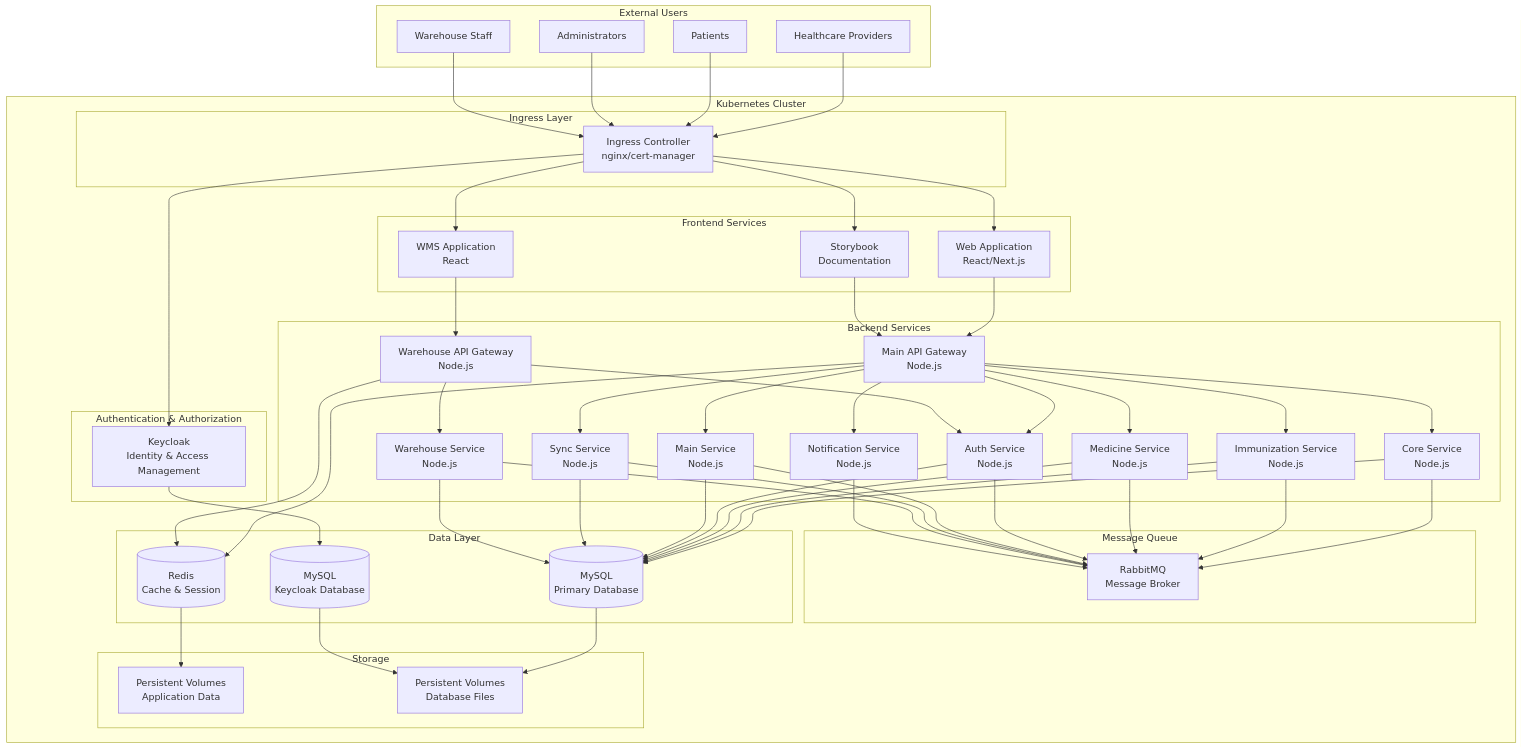
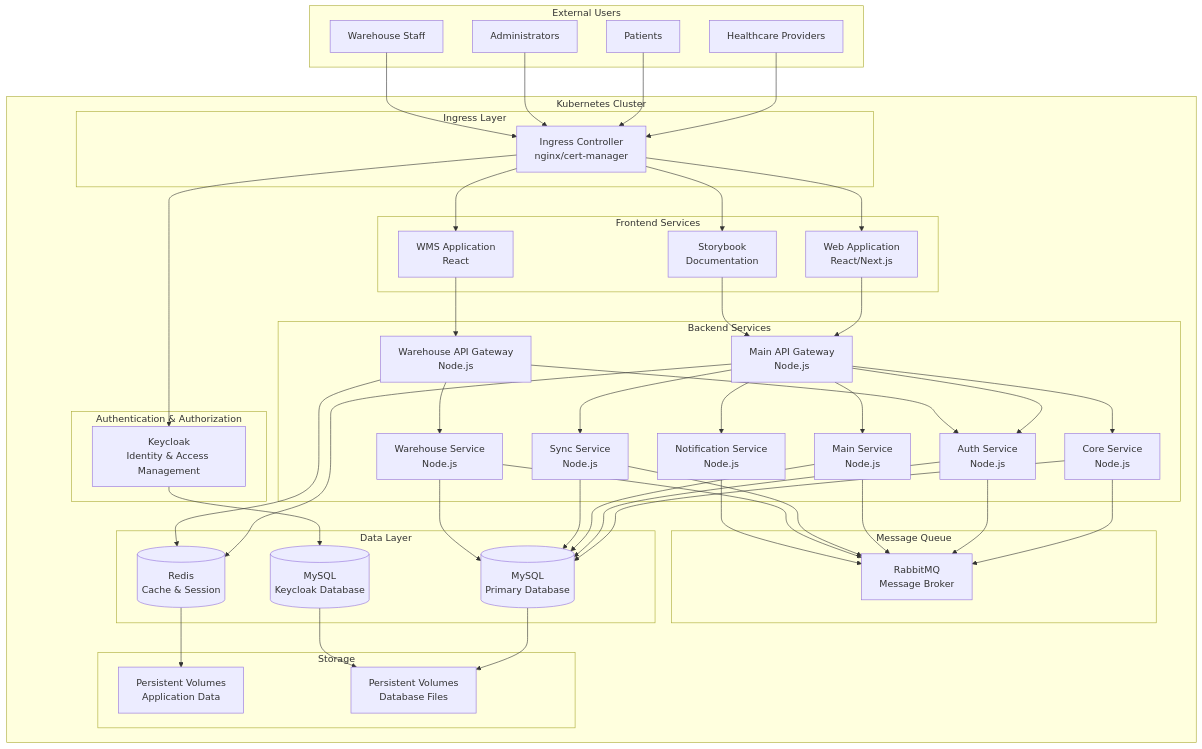
Before and after one commit to smile-health/deployment: the first of 3 diagrams in ARCHITECTURE_DIAGRAM.md, drawn with Mermaid. The commit also changed other lines of this file and 43 other files, not shown here.

```diff
--- a/ARCHITECTURE_DIAGRAM.md
+++ b/ARCHITECTURE_DIAGRAM.md
@@ -30,8 +30,6 @@
 
         subgraph "Backend Services"
             CORE[Core Service<br/>Node.js]
-            IMM[Immunization Service<br/>Node.js]
-            MED[Medicine Service<br/>Node.js]
             AUTH[Auth Service<br/>Node.js]
             MAIN[Main Service<br/>Node.js]
             SYNC[Sync Service<br/>Node.js]
@@ -76,8 +74,6 @@
     SB --> API1
 
     API1 --> CORE
-    API1 --> IMM
-    API1 --> MED
     API1 --> AUTH
     API1 --> MAIN
     API1 --> SYNC
@@ -87,8 +83,6 @@
     API2 --> AUTH
 
     CORE --> DB1
-    IMM --> DB1
-    MED --> DB1
     AUTH --> DB1
     MAIN --> DB1
     SYNC --> DB1
@@ -99,8 +93,6 @@
     KC --> DB2
 
     CORE --> MQ
-    IMM --> MQ
-    MED --> MQ
     AUTH --> MQ
     MAIN --> MQ
     SYNC --> MQ
```
